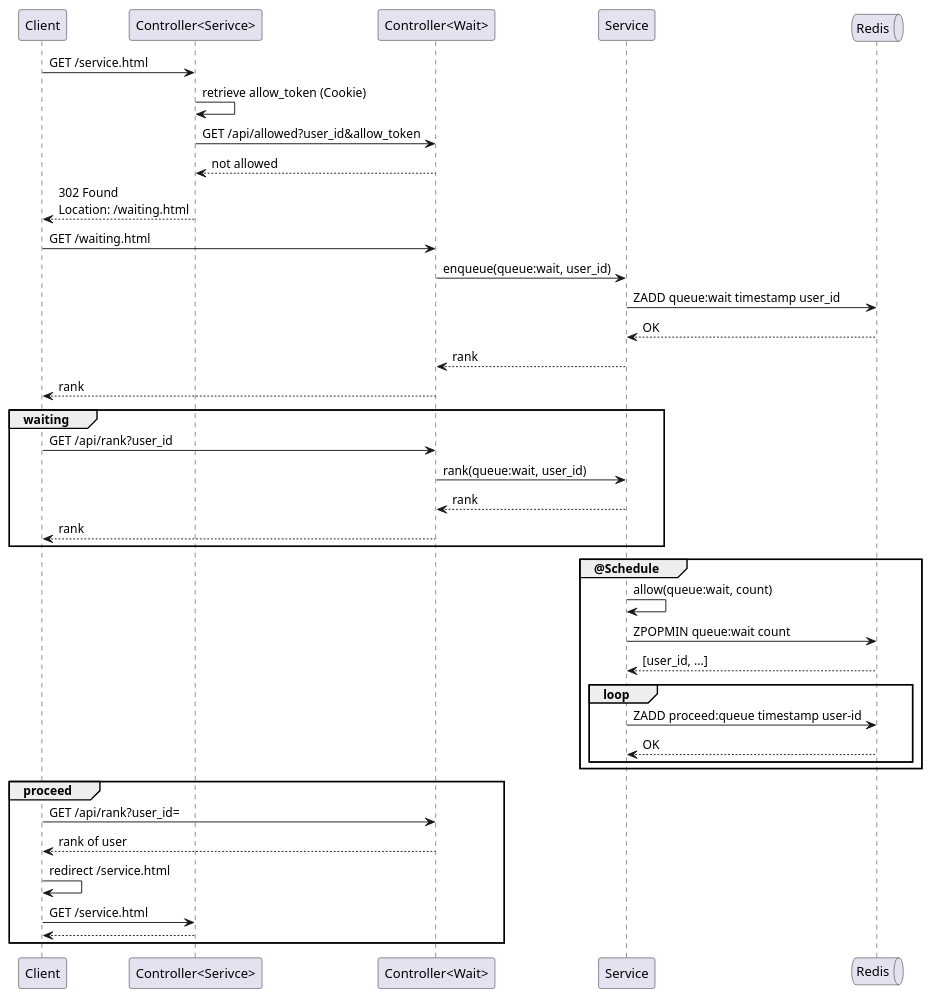
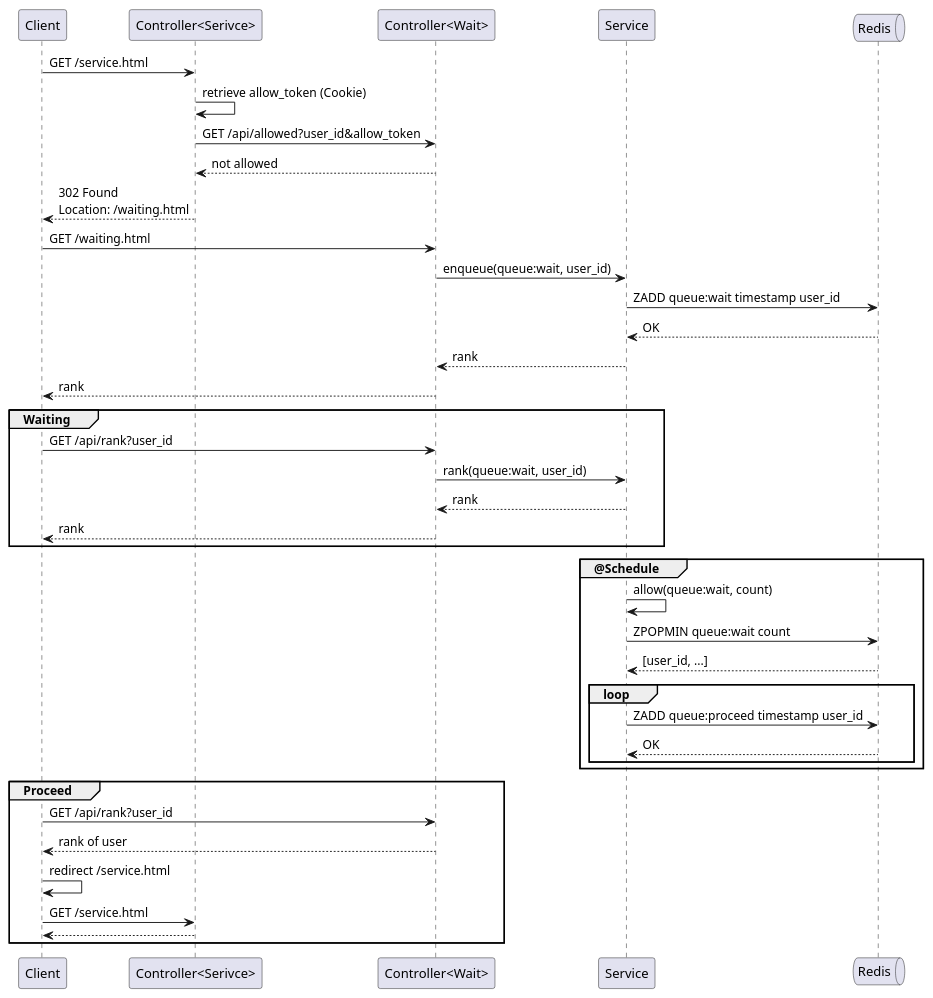
The diagram in _diary/2024-06-08.md (yanghoon/obsidian-workspace), drawn with PlantUML before and after one commit.

Commit message:
vault backup: 2024-06-09 19:38:07

````diff
--- a/_diary/2024-06-08.md
+++ b/_diary/2024-06-08.md
@@ -11,49 +11,49 @@
 ```plantuml
 @startuml
 
 participant Client
 participant "Controller<Serivce>" as ServiceController
 participant "Controller<Wait>" as Controller
 participant Service
 queue Redis
 
 Client -> ServiceController: GET /service.html
   ServiceController -> ServiceController: retrieve allow_token (Cookie)
   ServiceController -> Controller: GET /api/allowed?user_id&allow_token
   ServiceController <-- Controller: not allowed
 Client <-- ServiceController: 302 Found\nLocation: /waiting.html
 
 Client -> Controller: GET /waiting.html
   Controller -> Service: enqueue(queue:wait, user_id)
     Service -> Redis: ZADD queue:wait timestamp user_id
     Service <-- Redis: OK
   Controller <-- Service: rank
 Client <-- Controller: rank
 
-group waiting
+group Waiting
   Client -> Controller: GET /api/rank?user_id
     Controller -> Service: rank(queue:wait, user_id)
     Controller <-- Service: rank
   Client <-- Controller: rank
 end
 
 group @Schedule
   Service -> Service: allow(queue:wait, count)
   Service -> Redis: ZPOPMIN queue:wait count
   Service <-- Redis: [user_id, ...]
   loop
-    Service -> Redis: ZADD proceed:queue timestamp user-id
+    Service -> Redis: ZADD queue:proceed timestamp user_id
     Service <-- Redis: OK
   end
 end
 
-group proceed
-  Client -> Controller: GET /api/rank?user_id=
+group Proceed
+  Client -> Controller: GET /api/rank?user_id
   Client <-- Controller: rank of user
   Client -> Client: redirect /service.html
   Client -> ServiceController: GET /service.html
   Client <-- ServiceController
 end
 
 @enduml
 ```
````
